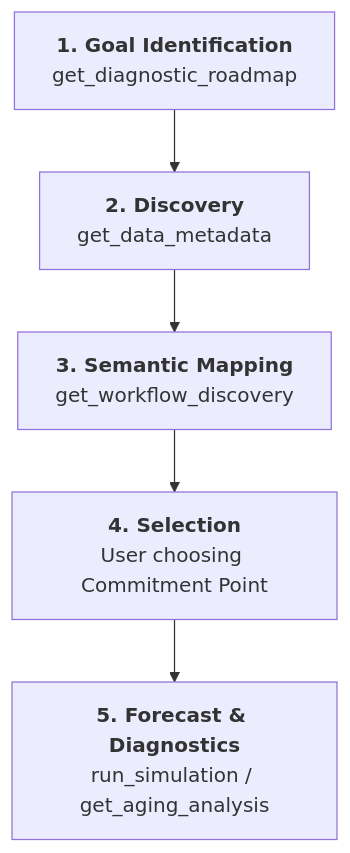
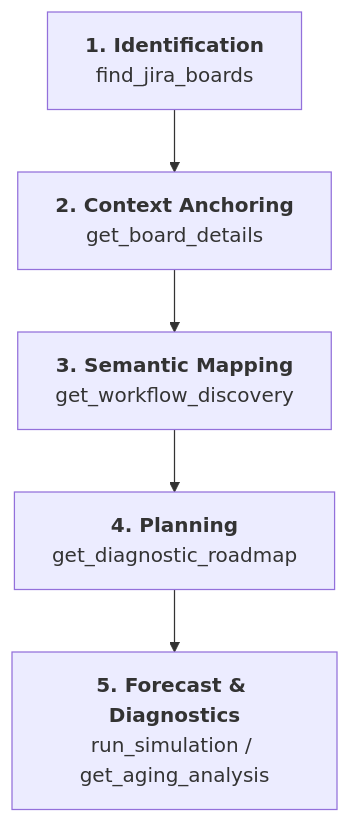
Before and after one commit to bbak/mcs-mcp: the first of 2 diagrams in docs/architecture.md, drawn with Mermaid. The commit also changed other lines of this file and 8 other files, not shown here.

First line of the commit message:
feat: consolidate discovery workflow and optimize jira throttling

````diff
--- a/docs/architecture.md
+++ b/docs/architecture.md
@@ -22,7 +22,7 @@
 ```mermaid
 graph TD
-    A["<b>1. Goal Identification</b><br/>get_diagnostic_roadmap"] --> B["<b>2. Discovery</b><br/>get_data_metadata"]
+    A["<b>1. Identification</b><br/>find_jira_boards"] --> B["<b>2. Context Anchoring</b><br/>get_board_details"]
     B --> C["<b>3. Semantic Mapping</b><br/>get_workflow_discovery"]
-    C --> D["<b>4. Selection</b><br/>User choosing Commitment Point"]
+    C --> D["<b>4. Planning</b><br/>get_diagnostic_roadmap"]
     D --> E["<b>5. Forecast & Diagnostics</b><br/>run_simulation / get_aging_analysis"]
 ```
````
